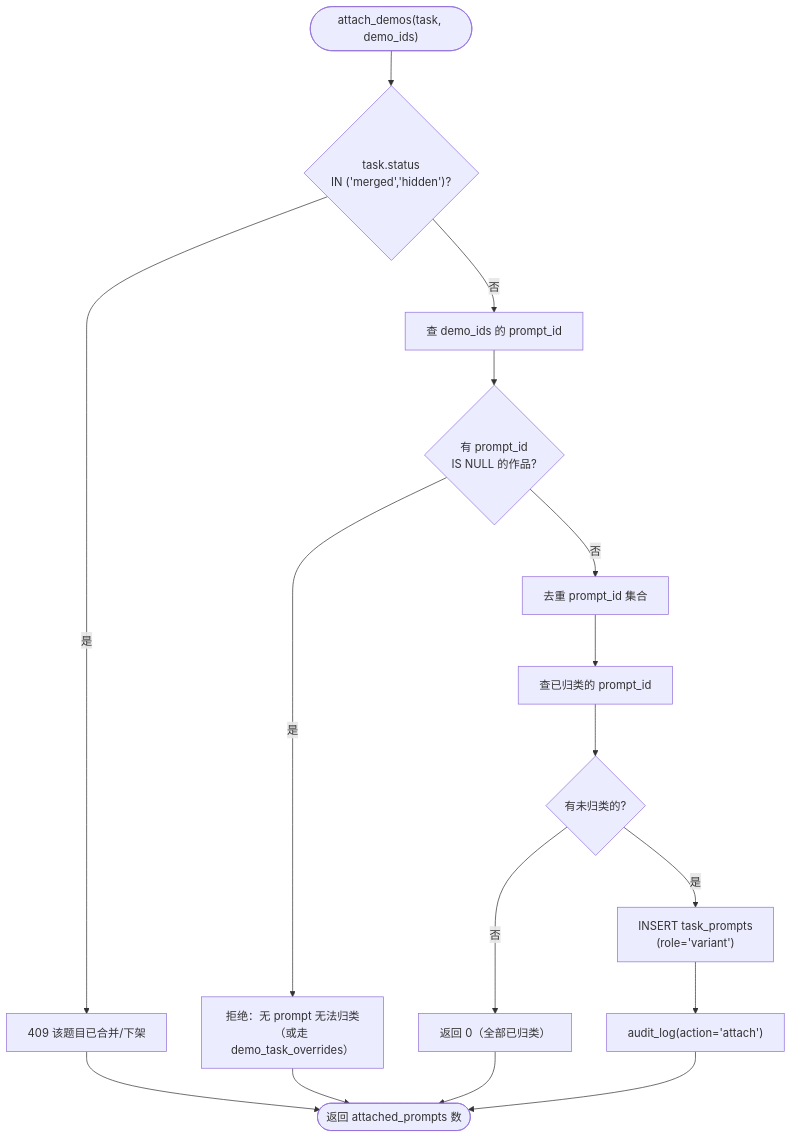
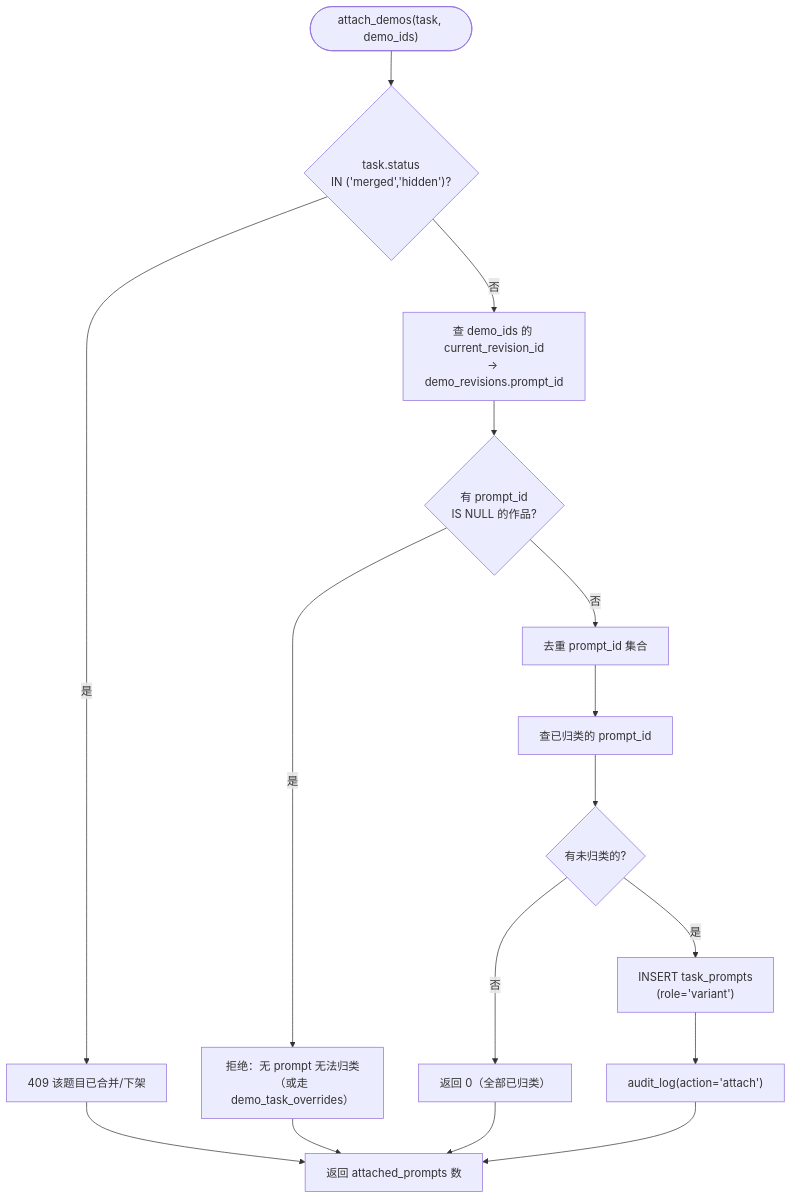
Before and after one commit to deepdemos/ds-demos-showcase: diagram 13 of 22 in docs/实体域UML图集.md, drawn with Mermaid. The commit also changed other lines of this file and 36 other files, not shown here.

````diff
--- a/docs/实体域UML图集.md
+++ b/docs/实体域UML图集.md
@@ -765,19 +1143,19 @@
 ```mermaid
 flowchart TB
     START(["attach_demos(task, demo_ids)"]) --> C1{"task.status<br/>IN ('merged','hidden')?"}
     C1 -->|"是"| E1["409 该题目已合并/下架"]
-    C1 -->|"否"| C2["查 demo_ids 的 prompt_id"]
+    C1 -->|"否"| C2["查 demo_ids 的 current_revision_id<br/>→ demo_revisions.prompt_id"]
     C2 --> C3{"有 prompt_id<br/>IS NULL 的作品?"}
     C3 -->|"是"| E2["拒绝：无 prompt 无法归类<br/>（或走 demo_task_overrides）"]
     C3 -->|"否"| C4["去重 prompt_id 集合"]
     C4 --> C5["查已归类的 prompt_id"]
     C5 --> C6{"有未归类的?"}
     C6 -->|"否"| E3["返回 0（全部已归类）"]
     C6 -->|"是"| C7["INSERT task_prompts<br/>(role='variant')"]
     C7 --> C8["audit_log(action='attach')"]
-    C8 --> DONE(["返回 attached_prompts 数"])
+    C8 --> DONE["返回 attached_prompts 数"]
 
     E1 --> DONE
     E2 --> DONE
     E3 --> DONE
 ```
````
